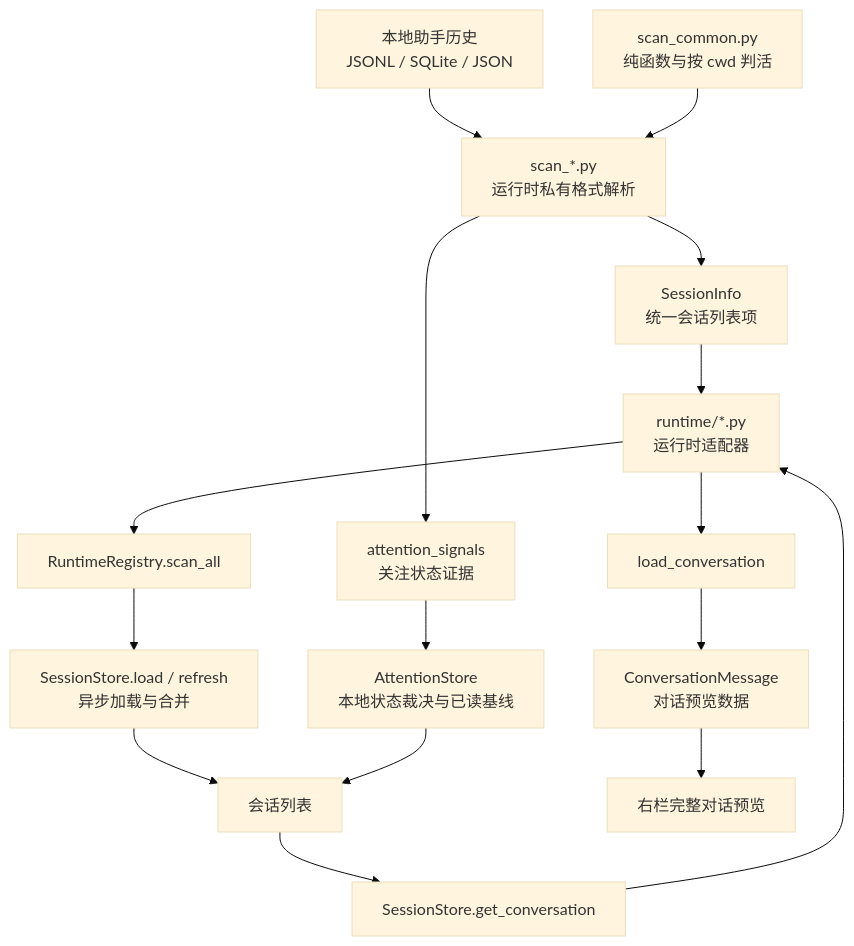
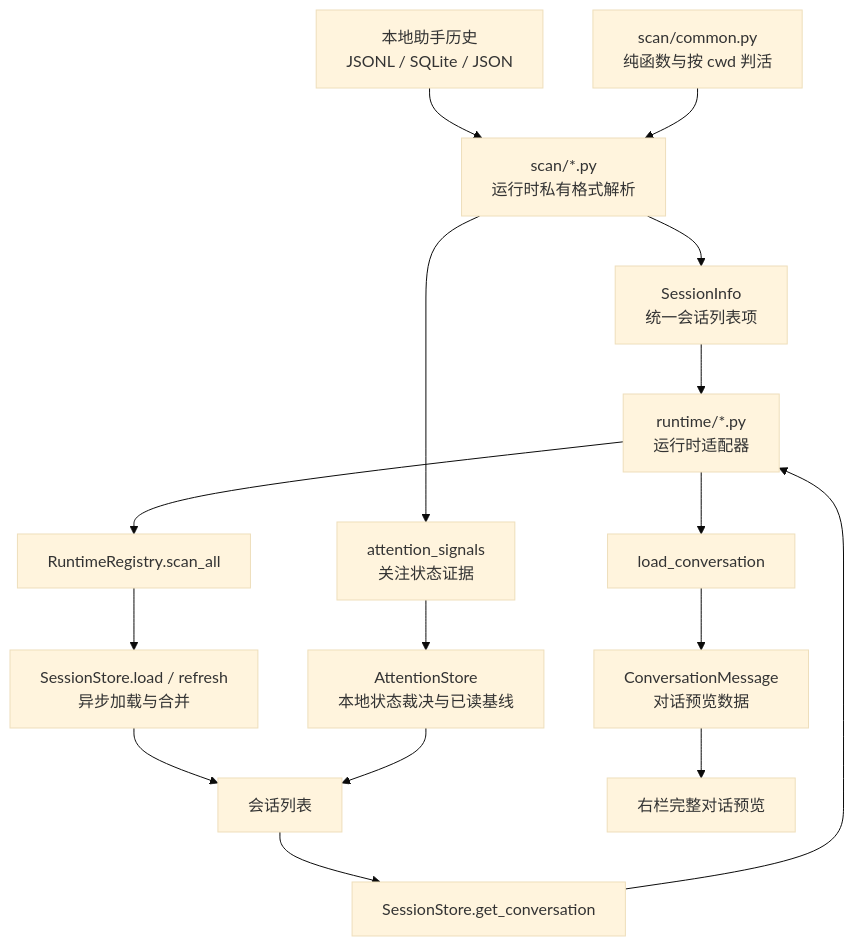
The first of 3 diagrams in docs/SESSION_SCANNING_KNOWLEDGE_BASE.md (x0c/corral), drawn with Mermaid (base theme) before and after one commit. The commit also changed other lines of this file and 18 other files, not shown here.

````diff
--- a/docs/SESSION_SCANNING_KNOWLEDGE_BASE.md
+++ b/docs/SESSION_SCANNING_KNOWLEDGE_BASE.md
@@ -51,18 +51,18 @@
 ```mermaid
 graph TD
-    A[本地助手历史<br/>JSONL / SQLite / JSON] --> B[scan_*.py<br/>运行时私有格式解析]
+    A[本地助手历史<br/>JSONL / SQLite / JSON] --> B[scan/*.py<br/>运行时私有格式解析]
     B --> C[SessionInfo<br/>统一会话列表项]
     B --> Q[attention_signals<br/>关注状态证据]
-    D[scan_common.py<br/>纯函数与按 cwd 判活] --> B
+    D[scan/common.py<br/>纯函数与按 cwd 判活] --> B
     C --> E[runtime/*.py<br/>运行时适配器]
     E --> F[RuntimeRegistry.scan_all]
     F --> G[SessionStore.load / refresh<br/>异步加载与合并]
     G --> H[会话列表]
     Q --> N[AttentionStore<br/>本地状态裁决与已读基线]
     N --> H
     H --> I[SessionStore.get_conversation]
     I --> E
     E --> J[load_conversation]
     J --> K[ConversationMessage<br/>对话预览数据]
     K --> L[右栏完整对话预览]
 ```
````
